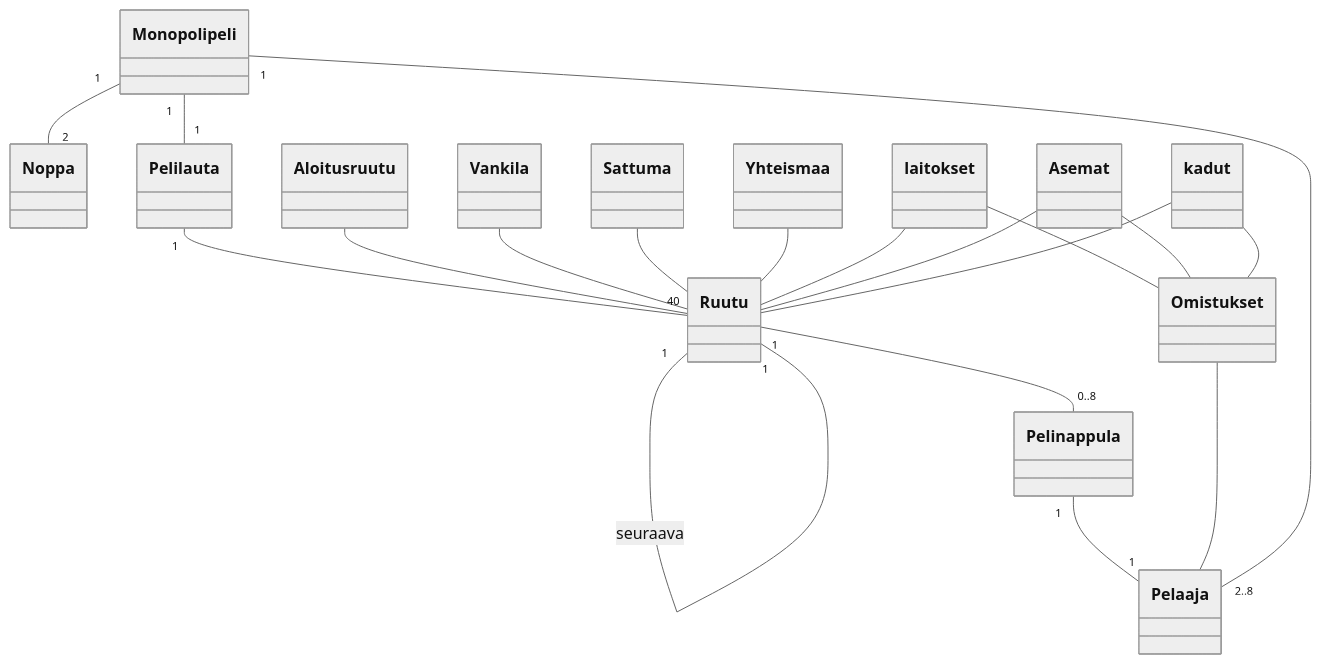
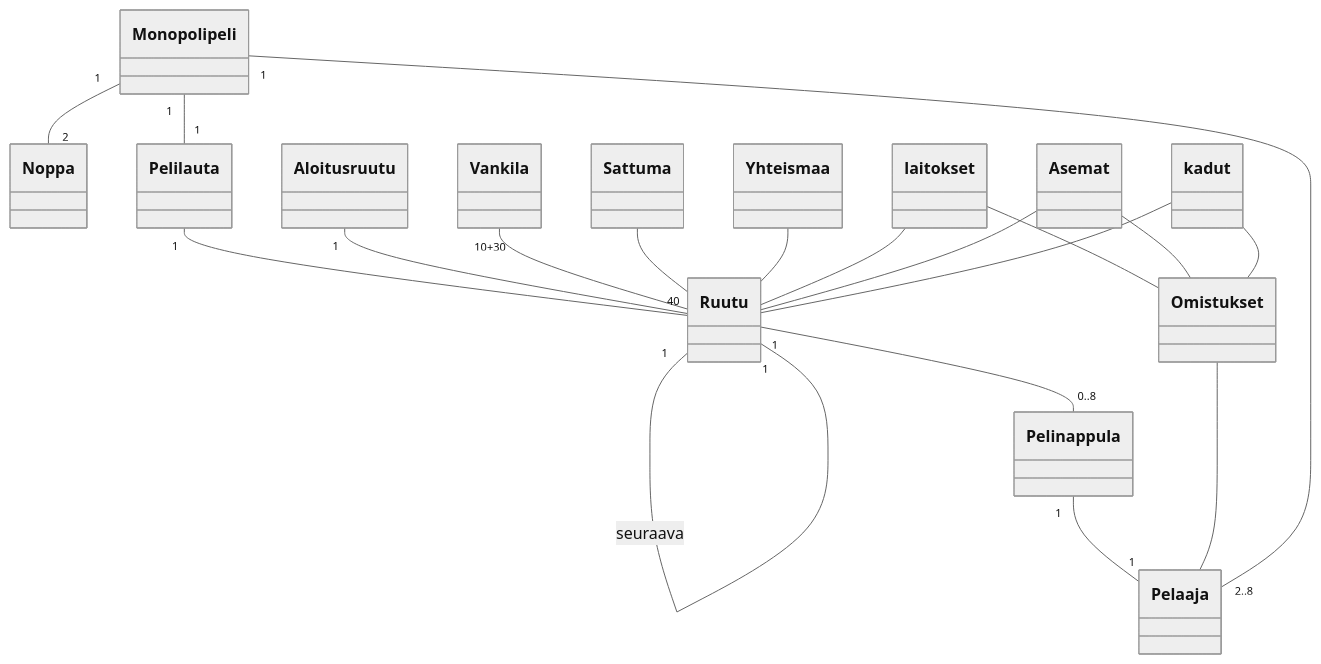
The diagram in laskarit/viikko3/monopoli.md (lahgit/ot-harjoitustyo), drawn with Mermaid (neutral theme) before and after one commit.

Commit message:
monopoli.md

````diff
--- a/laskarit/viikko3/monopoli.md
+++ b/laskarit/viikko3/monopoli.md
@@ -3,21 +3,21 @@
 ```mermaid
  classDiagram
     Monopolipeli "1" -- "2" Noppa
     Monopolipeli "1" -- "1" Pelilauta
     Pelilauta "1" -- "40" Ruutu
     Ruutu "1" -- "1" Ruutu : seuraava
     Ruutu "1" -- "0..8" Pelinappula
     Pelinappula "1" -- "1" Pelaaja
     Pelaaja "2..8" -- "1" Monopolipeli
-    Aloitusruutu -- Ruutu
-    Vankila -- Ruutu
+    Aloitusruutu "1" -- Ruutu
+    Vankila "10+30" -- Ruutu
     Sattuma -- Ruutu
     Yhteismaa -- Ruutu
     laitokset -- Ruutu
     Asemat -- Ruutu
     kadut -- Ruutu
     Omistukset -- Pelaaja
     laitokset -- Omistukset
     Asemat -- Omistukset
     kadut -- Omistukset   
 ```
````
